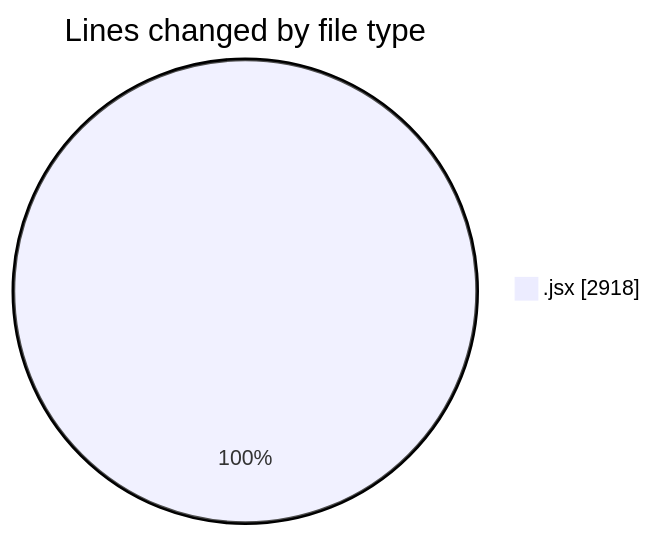
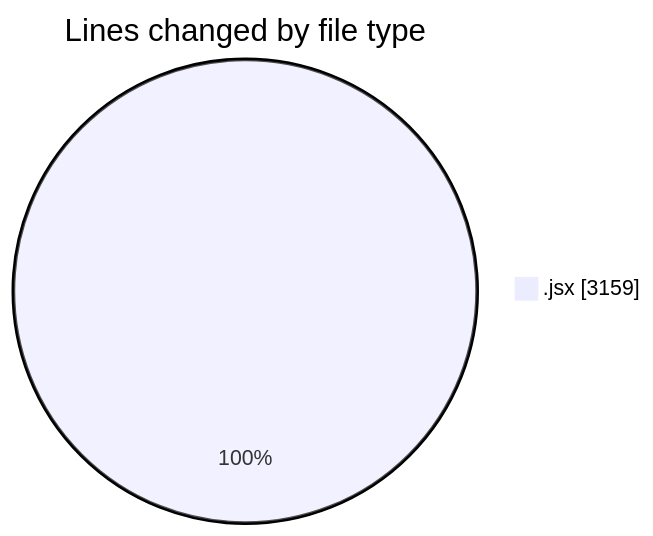
Before and after one commit to nxtqubesakshisongat/code-tracking: the first of 2 diagrams in 2025-05-12/argos-dev/README.md, drawn with Mermaid. The commit also changed other lines of this file and 1 other file, not shown here.

````diff
--- a/2025-05-12/argos-dev/README.md
+++ b/2025-05-12/argos-dev/README.md
@@ -26,5 +26,5 @@
 ```mermaid
 pie showData
 title Lines changed by file type
-".jsx" : 2918
+".jsx" : 3159
 ```
````
